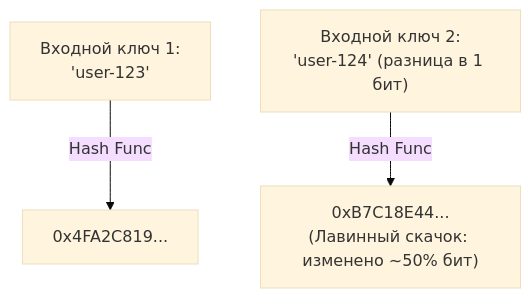
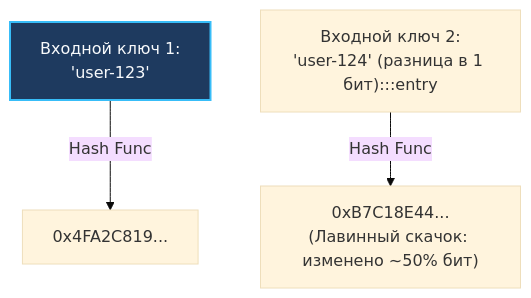
The first of 3 diagrams in sources/20. Алгоритмы и структуры данных (DSA) на Go/03. Хеширование/1. Хеш функции и равномерность распределения.md (UnrealTemplier/go-textbook), drawn with Mermaid (base theme) before and after one commit. The commit also changed other lines of this file and 1666 other files, not shown here.

First line of the commit message:
feat(mermaid): add semantic color classDef to 1369 colorless flowchart/graph diagrams

````diff
--- a/sources/20. Алгоритмы и структуры данных (DSA) на Go/03. Хеширование/1. Хеш функции и равномерность распределения.md
+++ b/sources/20. Алгоритмы и структуры данных (DSA) на Go/03. Хеширование/1. Хеш функции и равномерность распределения.md
@@ -31,5 +31,15 @@
 ```mermaid
 flowchart TD
-    A["Входной ключ 1:<br/>'user-123'"] -->|"Hash Func"| B["0x4FA2C819..."]
-    C["Входной ключ 2:<br/>'user-124' (разница в 1 бит)"] -->|"Hash Func"| D["0xB7C18E44...<br/>(Лавинный скачок: изменено ~50% бит)"]
+    classDef process  fill:#1e293b,stroke:#38bdf8,stroke-width:1px,color:#f8fafc
+    classDef success  fill:#064e3b,stroke:#34d399,stroke-width:1px,color:#f8fafc
+    classDef error    fill:#7f1d1d,stroke:#f87171,stroke-width:1px,color:#f8fafc
+    classDef warning  fill:#78350f,stroke:#fbbf24,stroke-width:1px,color:#f8fafc
+    classDef entry    fill:#1e3a5f,stroke:#38bdf8,stroke-width:2px,color:#f8fafc
+    classDef aux      fill:#334155,stroke:#64748b,stroke-width:1px,color:#f8fafc
+    classDef system   fill:#312e81,stroke:#a78bfa,stroke-width:1px,color:#f8fafc
+    classDef data     fill:#132d29,stroke:#2dd4bf,stroke-width:1px,color:#f8fafc
+    classDef network  fill:#881337,stroke:#fb7185,stroke-width:1px,color:#f8fafc
+    classDef accent   fill:#1e1b4b,stroke:#818cf8,stroke-width:1px,color:#f8fafc
+    A["Входной ключ 1:<br/>'user-123'"]:::entry -->|"Hash Func"| B["0x4FA2C819..."]
+    C["Входной ключ 2:<br/>'user-124' (разница в 1 бит):::entry"] -->|"Hash Func"| D["0xB7C18E44...<br/>(Лавинный скачок: изменено ~50% бит)"]
 ```
````
